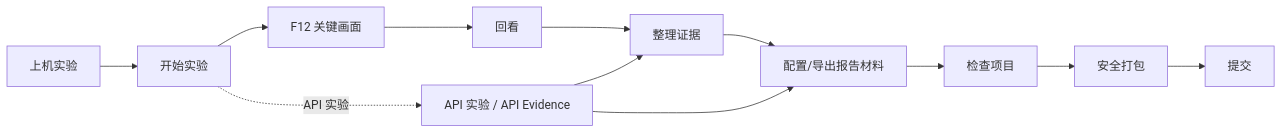
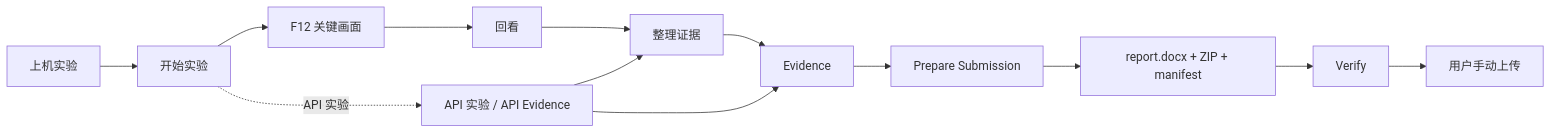
The diagram in README.md (sfwang3/CSBox), drawn with Mermaid before and after one commit. The commit also changed other lines of this file and 49 other files, not shown here.

````diff
--- a/README.md
+++ b/README.md
@@ -131,14 +133,15 @@
 ```mermaid
 flowchart LR
     A[上机实验] --> B[开始实验]
     B --> C[F12 关键画面]
     C --> D[回看]
     D --> E[整理证据]
-    E --> F[配置/导出报告材料]
-    F --> G[检查项目]
-    G --> H[安全打包]
-    H --> I[提交]
-    B -. API 实验 .-> J[API 实验 / API Evidence]
-    J --> E
-    J --> F
+    E --> F[Evidence]
+    F --> G[Prepare Submission]
+    G --> H[report.docx + ZIP + manifest]
+    H --> I[Verify]
+    I --> J[用户手动上传]
+    B -. API 实验 .-> K[API 实验 / API Evidence]
+    K --> E
+    K --> F
 ```
````
